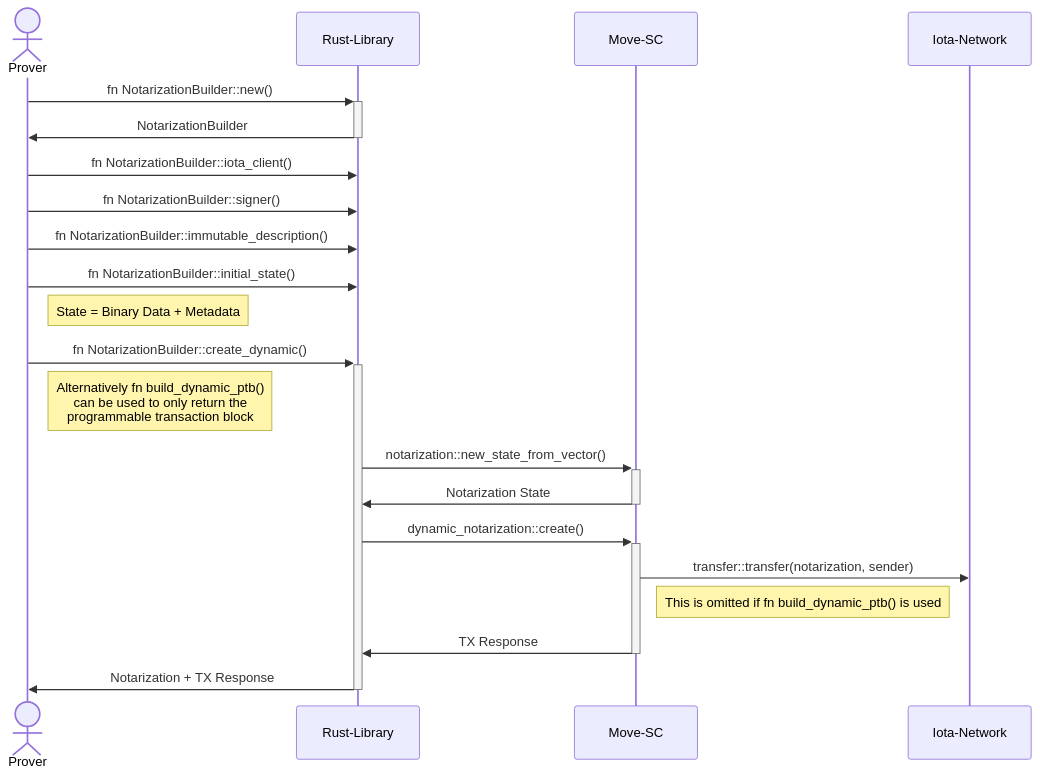
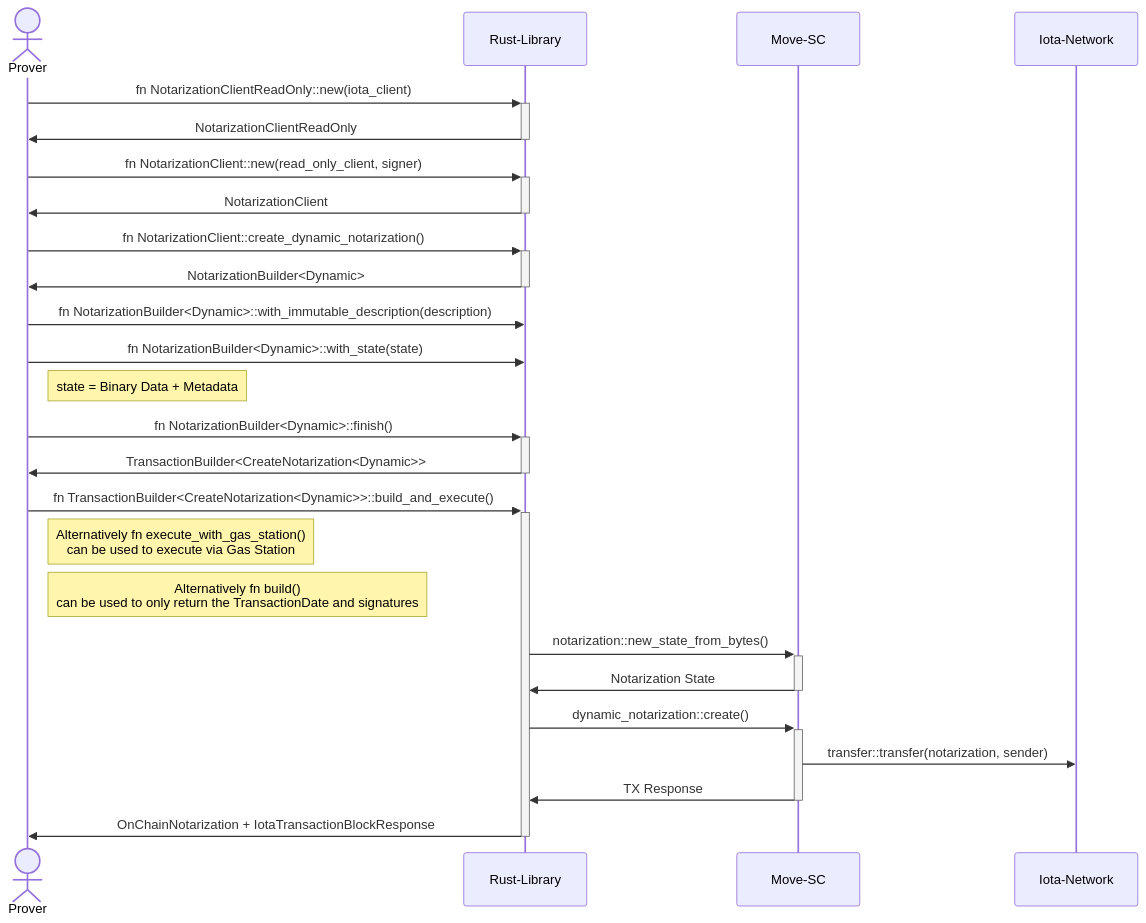
The first of 3 diagrams in notarization-rs/README.md (iotaledger/notarization), drawn with Mermaid before and after one commit. The commit also changed other lines of this file and 6 other files, not shown here.

````diff
--- a/notarization-rs/README.md
+++ b/notarization-rs/README.md
@@ -65,23 +66,27 @@
 ```mermaid
 sequenceDiagram
     actor Prover
     participant Lib as Rust-Library
     participant Move as Move-SC
     participant Net as Iota-Network
-    Prover ->>+ Lib: fn NotarizationBuilder::new()
-    Lib ->>- Prover: NotarizationBuilder
-    Prover ->> Lib: fn NotarizationBuilder::iota_client()
-    Prover ->> Lib: fn NotarizationBuilder::signer()
-    Prover ->> Lib: fn NotarizationBuilder::immutable_description()
-    Prover ->> Lib: fn NotarizationBuilder::initial_state()
-    Note right of Prover: State = Binary Data + Metadata
-    Prover ->>+ Lib: fn NotarizationBuilder::create_dynamic()
-    Note right of Prover: Alternatively fn build_dynamic_ptb() <br> can be used to only return the <br> programmable transaction block
-    Lib ->>+ Move: notarization::new_state_from_vector()
+    Prover ->>+ Lib: fn NotarizationClientReadOnly::new(iota_client)
+    Lib ->>- Prover: NotarizationClientReadOnly
+    Prover ->>+ Lib: fn NotarizationClient::new(read_only_client, signer)
+    Lib ->>- Prover: NotarizationClient
+    Prover ->>+ Lib: fn NotarizationClient::create_dynamic_notarization()
+    Lib ->>- Prover: NotarizationBuilder<Dynamic>
+    Prover ->> Lib: fn NotarizationBuilder<Dynamic>::with_immutable_description(description)
+    Prover ->> Lib: fn NotarizationBuilder<Dynamic>::with_state(state)
+    Note right of Prover: state = Binary Data + Metadata
+    Prover ->>+ Lib: fn NotarizationBuilder<Dynamic>::finish()
+    Lib ->>- Prover: TransactionBuilder<CreateNotarization<Dynamic>>
+    Prover ->>+ Lib: fn TransactionBuilder<CreateNotarization<Dynamic>>::build_and_execute()
+    Note right of Prover: Alternatively fn execute_with_gas_station() <br> can be used to execute via Gas Station
+    Note right of Prover: Alternatively fn build() <br> can be used to only return the TransactionDate and signatures
+    Lib ->>+ Move: notarization::new_state_from_bytes()
     Move ->>- Lib: Notarization State
     Lib ->>+ Move: dynamic_notarization::create()
     Move ->> Net: transfer::transfer(notarization, sender)
-    Note right of Move: This is omitted if fn build_dynamic_ptb() is used
     Move ->>- Lib: TX Response
-    Lib ->>- Prover: Notarization + TX Response
+    Lib ->>- Prover: OnChainNotarization + IotaTransactionBlockResponse
 ```
````
